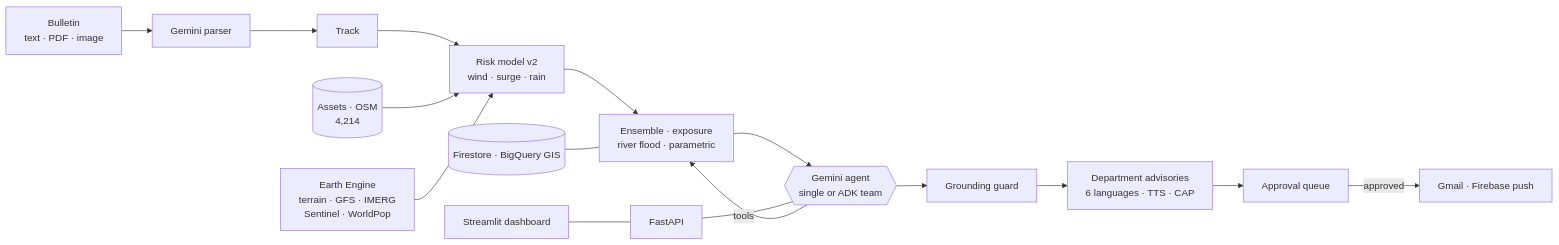
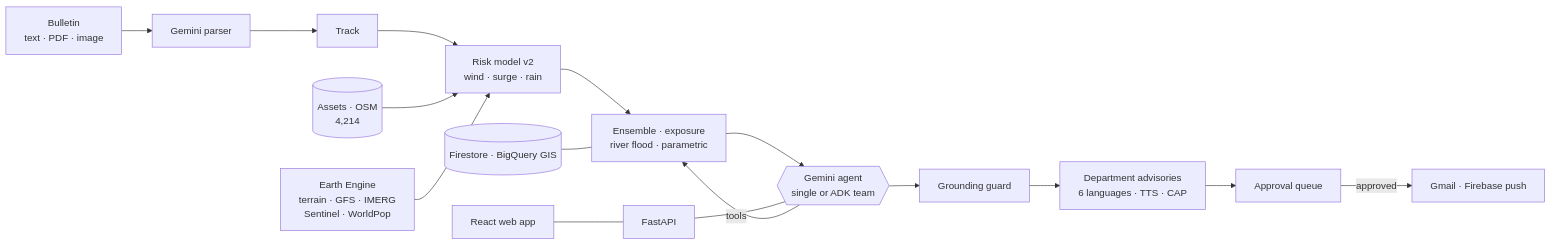
One commit to CharanVelavan/SurgeSight changed the diagram in README.md. Above: the diagram before and after it, drawn with Mermaid. The commit also changed other lines of this file and 89 other files, not shown here.

````diff
--- a/README.md
+++ b/README.md
@@ -28,18 +28,18 @@
 ```mermaid
 flowchart LR
     B[Bulletin<br/>text · PDF · image] --> P[Gemini parser]
     P --> T[Track]
     T --> R[Risk model v2<br/>wind · surge · rain]
     A[(Assets · OSM<br/>4,214)] --> R
     EE[Earth Engine<br/>terrain · GFS · IMERG<br/>Sentinel · WorldPop] --> R
     R --> E[Ensemble · exposure<br/>river flood · parametric]
     E --> AG{{Gemini agent<br/>single or ADK team}}
     AG -->|tools| E
     AG --> G[Grounding guard]
     G --> D[Department advisories<br/>6 languages · TTS · CAP]
     D --> Q[Approval queue]
     Q -->|approved| S[Gmail · Firebase push]
     API[FastAPI] --- AG
-    UI[Streamlit dashboard] --- API
+    UI[React web app] --- API
     ST[(Firestore · BigQuery GIS)] --- E
 ```
````
